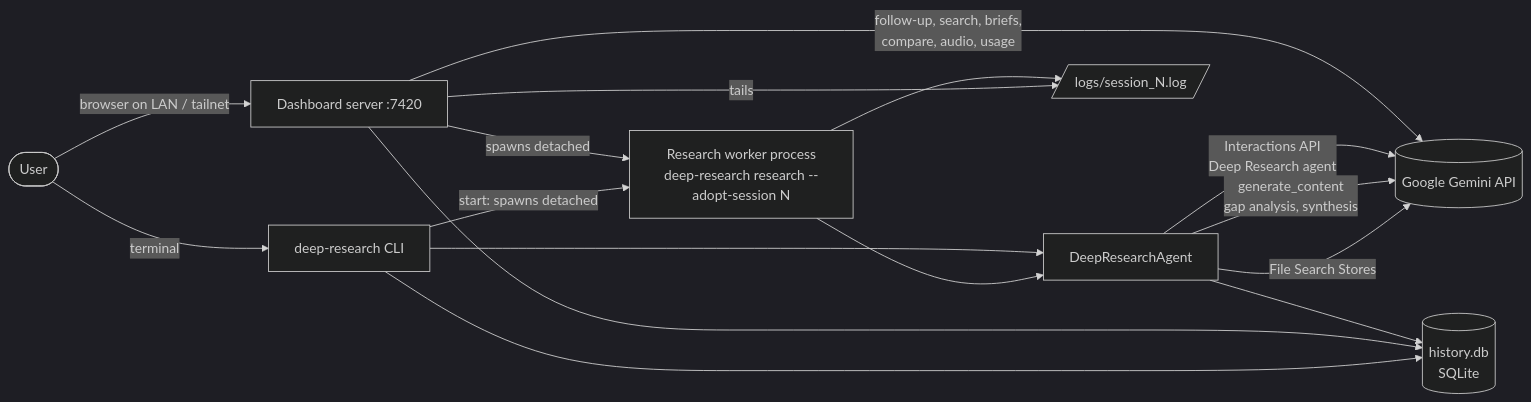
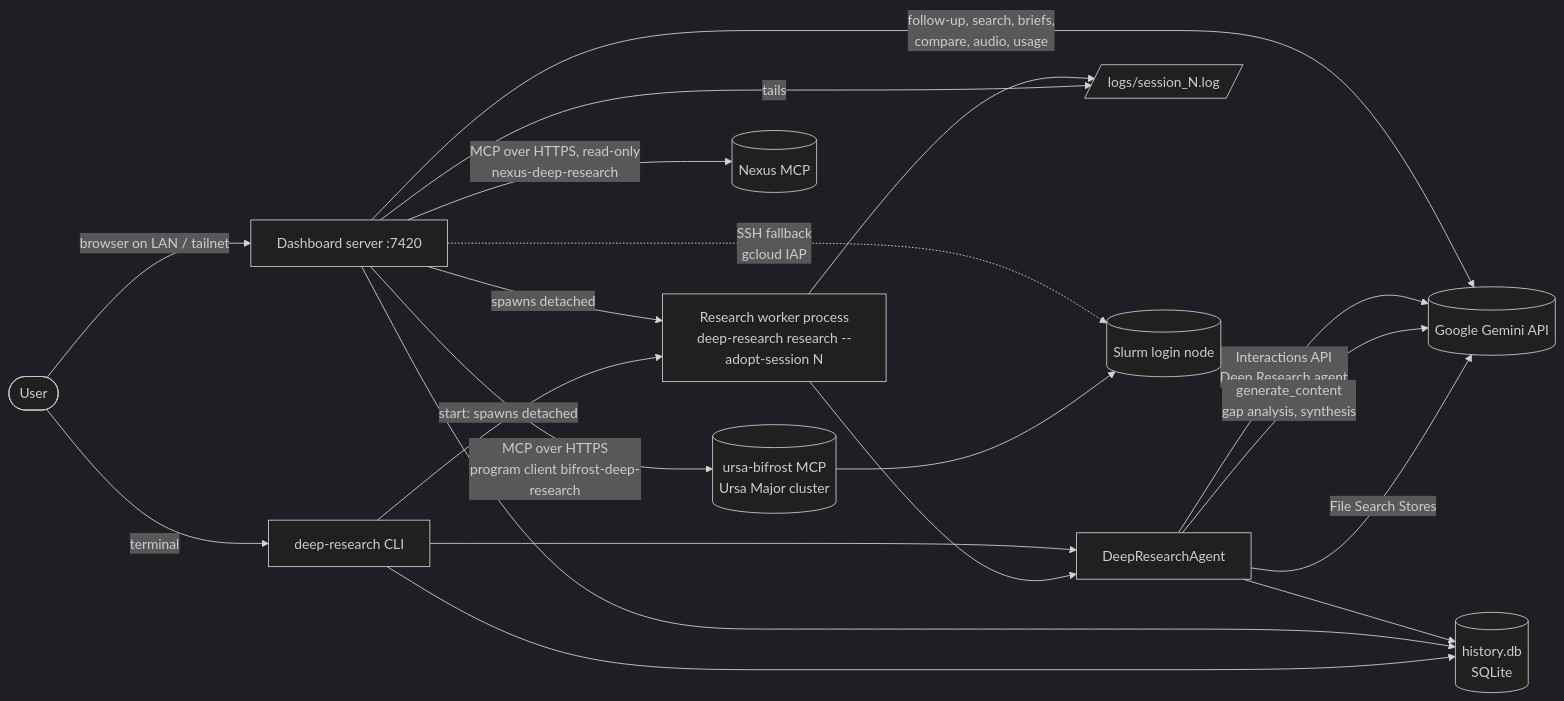
Before and after one commit to charles-forsyth/deep-research: the first of 4 diagrams in docs/SPEC.md, drawn with Mermaid (dark theme). The commit also changed other lines of this file, not shown here.

Commit message:
docs: SPEC re-read against v0.61.2 (bifrost first, Max, Plan first, Nexus, tests, open items) (#187)

````diff
--- a/docs/SPEC.md
+++ b/docs/SPEC.md
@@ -136,18 +141,22 @@
 ```mermaid
 flowchart LR
     user([User]) -->|terminal| cli[deep-research CLI]
     user -->|browser on LAN / tailnet| dash[Dashboard server :7420]
     dash -->|spawns detached| worker[Research worker process<br/>deep-research research --adopt-session N]
     cli -->|start: spawns detached| worker
     cli --> agent[DeepResearchAgent]
     worker --> agent
     dash -->|follow-up, search, briefs,<br/>compare, audio, usage| gemini
     agent -->|Interactions API<br/>Deep Research agent| gemini[(Google Gemini API)]
     agent -->|generate_content<br/>gap analysis, synthesis| gemini
     agent -->|File Search Stores| gemini
     agent --> db[(history.db<br/>SQLite)]
     dash --> db
     cli --> db
     worker --> logs[/logs/session_N.log/]
     dash -->|tails| logs
+    dash -->|MCP over HTTPS<br/>program client bifrost-deep-research| bifrost[(ursa-bifrost MCP<br/>Ursa Major cluster)]
+    dash -.->|SSH fallback<br/>gcloud IAP| slurm[(Slurm login node)]
+    bifrost --> slurm
+    dash -->|MCP over HTTPS, read-only<br/>nexus-deep-research| nexus[(Nexus MCP)]
 ```
````
